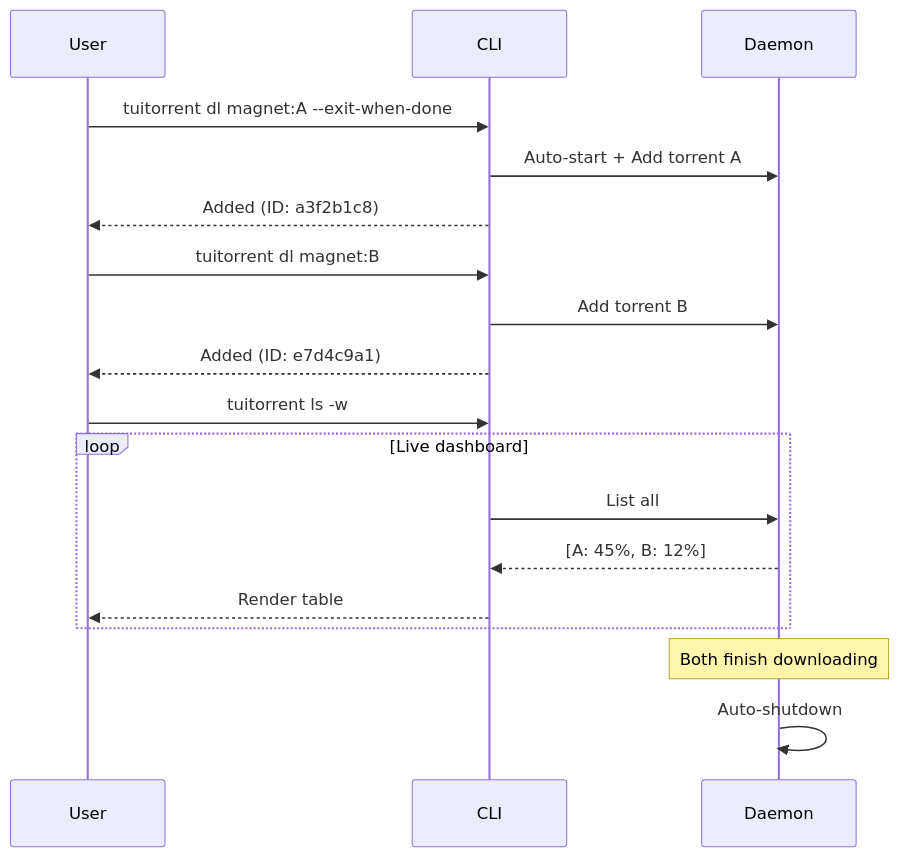
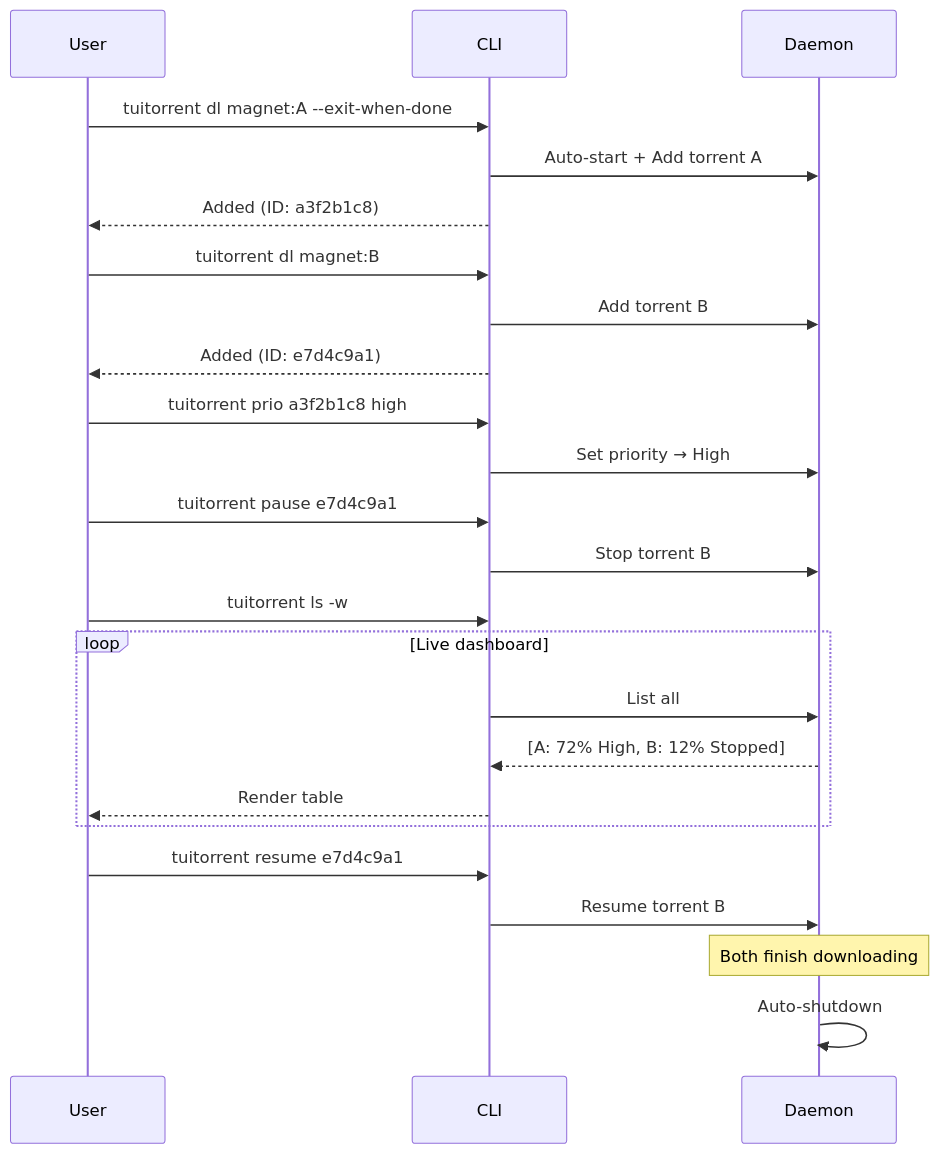
Before and after one commit to mchinchilla/TUITorrent: the second of 5 diagrams in README.md, drawn with Mermaid. The commit also changed other lines of this file, not shown here.

Commit message:
Update README to include pause/resume functionality and download priority details

````diff
--- a/README.md
+++ b/README.md
@@ -407,24 +416,33 @@
 ```mermaid
 sequenceDiagram
     participant User
     participant CLI
     participant Daemon
 
     User->>CLI: tuitorrent dl magnet:A --exit-when-done
     CLI->>Daemon: Auto-start + Add torrent A
     CLI-->>User: Added (ID: a3f2b1c8)
 
     User->>CLI: tuitorrent dl magnet:B
     CLI->>Daemon: Add torrent B
     CLI-->>User: Added (ID: e7d4c9a1)
 
+    User->>CLI: tuitorrent prio a3f2b1c8 high
+    CLI->>Daemon: Set priority → High
+
+    User->>CLI: tuitorrent pause e7d4c9a1
+    CLI->>Daemon: Stop torrent B
+
     User->>CLI: tuitorrent ls -w
     loop Live dashboard
         CLI->>Daemon: List all
-        Daemon-->>CLI: [A: 45%, B: 12%]
+        Daemon-->>CLI: [A: 72% High, B: 12% Stopped]
         CLI-->>User: Render table
     end
+
+    User->>CLI: tuitorrent resume e7d4c9a1
+    CLI->>Daemon: Resume torrent B
 
     Note over Daemon: Both finish downloading
     Daemon->>Daemon: Auto-shutdown
 ```
````
